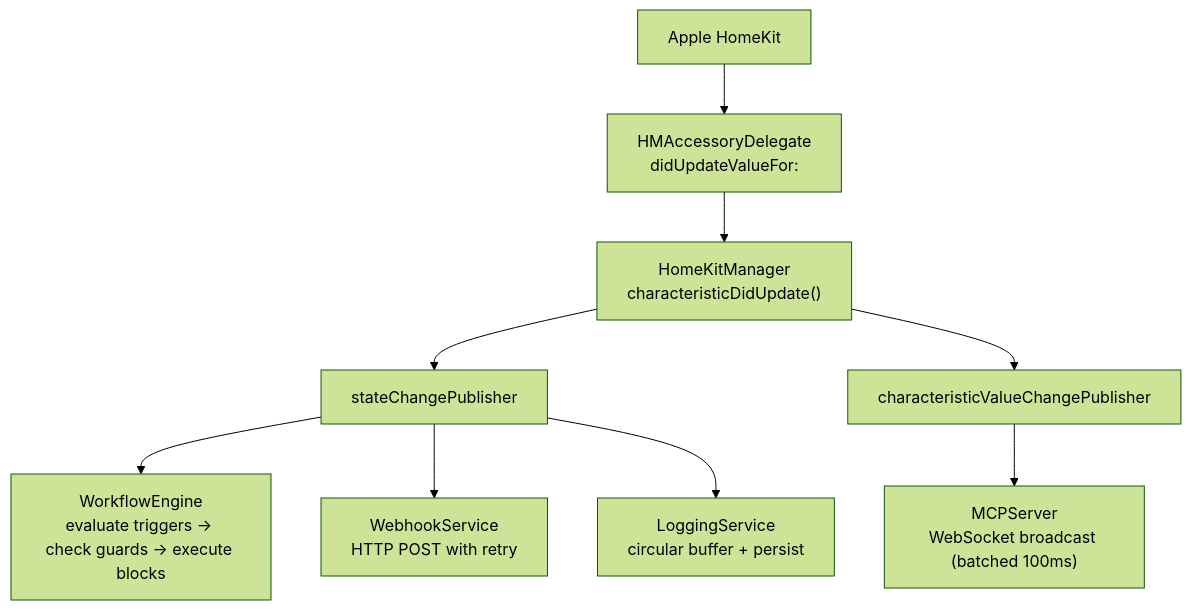
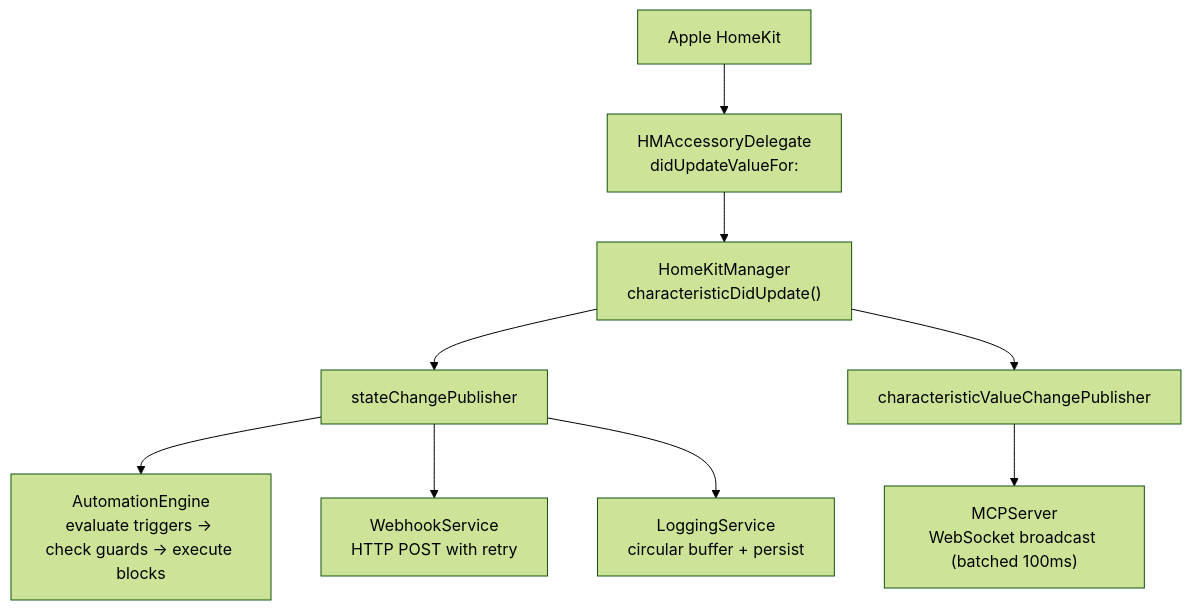
One commit to novoapro/compai-home changed the fifth of 9 diagrams in DESIGN.md. Above: the diagram before and after it, drawn with Mermaid (forest theme). The commit also changed other lines of this file and 459 other files, not shown here.

````diff
--- a/DESIGN.md
+++ b/DESIGN.md
@@ -505,14 +505,14 @@
 ```mermaid
 graph TD
     AHK["Apple HomeKit"] --> Delegate["HMAccessoryDelegate<br/>didUpdateValueFor:"]
     Delegate --> HKM["HomeKitManager<br/>characteristicDidUpdate()"]
 
     HKM --> SCP["stateChangePublisher"]
     HKM --> CVCP["characteristicValueChangePublisher"]
 
-    SCP --> WE["WorkflowEngine<br/>evaluate triggers → check guards → execute blocks"]
+    SCP --> WE["AutomationEngine<br/>evaluate triggers → check guards → execute blocks"]
     SCP --> WHS["WebhookService<br/>HTTP POST with retry"]
     SCP --> LS["LoggingService<br/>circular buffer + persist"]
 
     CVCP --> WSB["MCPServer<br/>WebSocket broadcast (batched 100ms)"]
 ```
````
